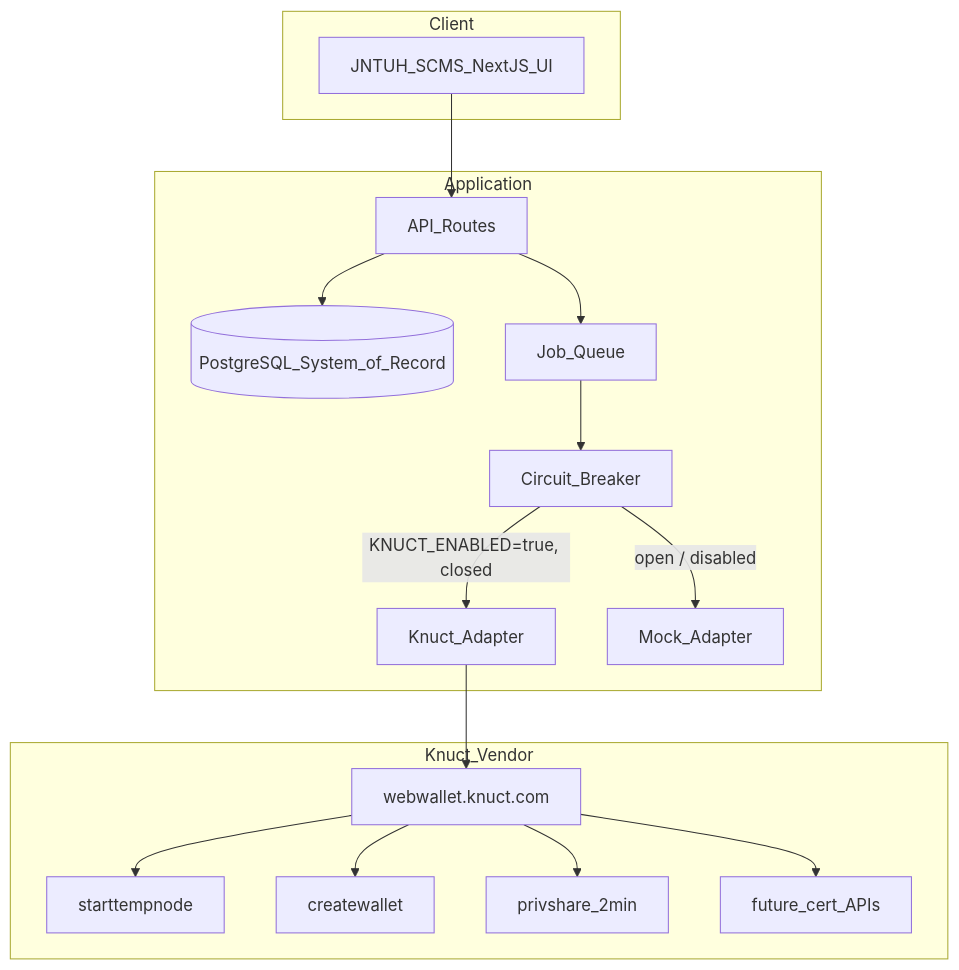
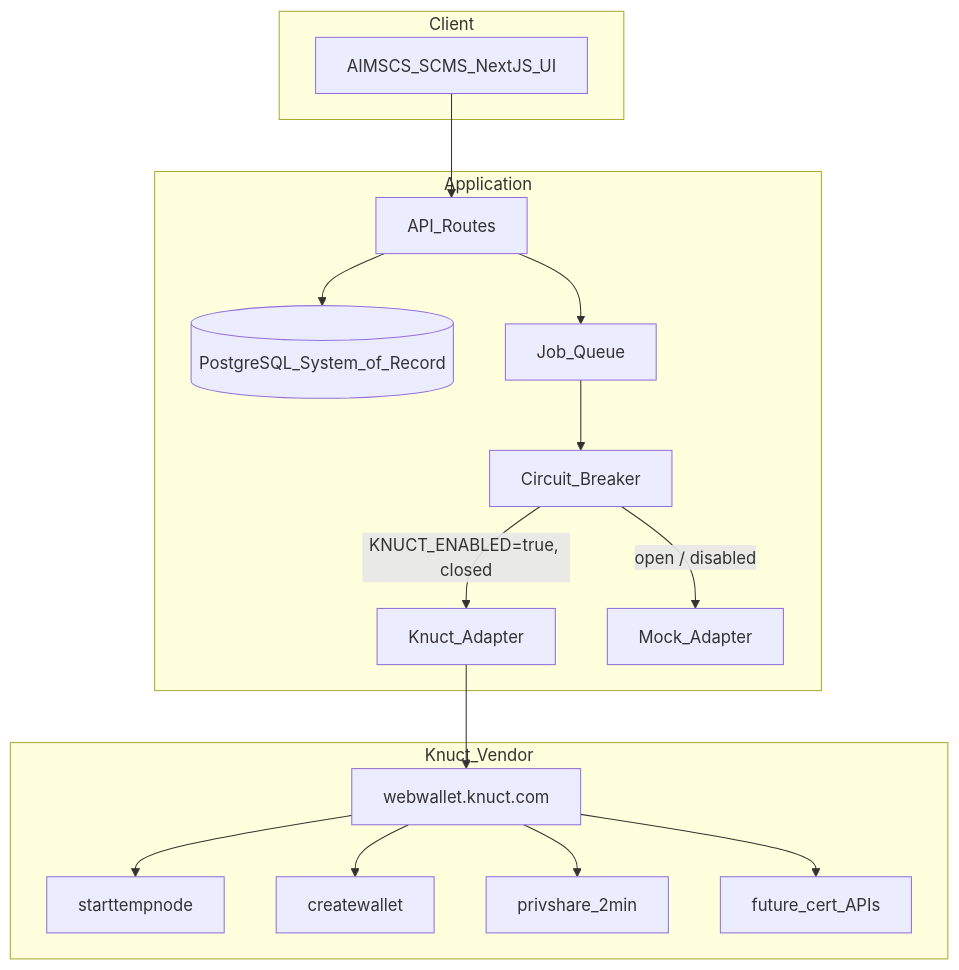
One commit to aifalabsglobal/atms changed the first of 3 diagrams in KNUCT_SCMS_Integration_Report.md. Above: the diagram before and after it, drawn with Mermaid. The commit also changed other lines of this file and 51 other files, not shown here.

First line of the commit message:
Rebrand JNTUH SCMS to AIMSCS across UI, seed data, and docs.

````diff
--- a/KNUCT_SCMS_Integration_Report.md
+++ b/KNUCT_SCMS_Integration_Report.md
@@ -111,35 +111,35 @@
 ```mermaid
 flowchart TB
     subgraph client [Client]
-        UI[JNTUH_SCMS_NextJS_UI]
+        UI[AIMSCS_SCMS_NextJS_UI]
     end
 
     subgraph api [Application]
         Routes[API_Routes]
         PG[(PostgreSQL_System_of_Record)]
         Queue[Job_Queue]
         Breaker[Circuit_Breaker]
         Adapter[Knuct_Adapter]
         Mock[Mock_Adapter]
     end
 
     subgraph vendor [Knuct_Vendor]
         WW[webwallet.knuct.com]
         STN[starttempnode]
         CW[createwallet]
         PS[privshare_2min]
         Future[future_cert_APIs]
     end
 
     UI --> Routes
     Routes --> PG
     Routes --> Queue
     Queue --> Breaker
     Breaker -->|"KNUCT_ENABLED=true, closed"| Adapter
     Breaker -->|"open / disabled"| Mock
     Adapter --> WW
     WW --> STN
     WW --> CW
     WW --> PS
     WW --> Future
 ```
````
